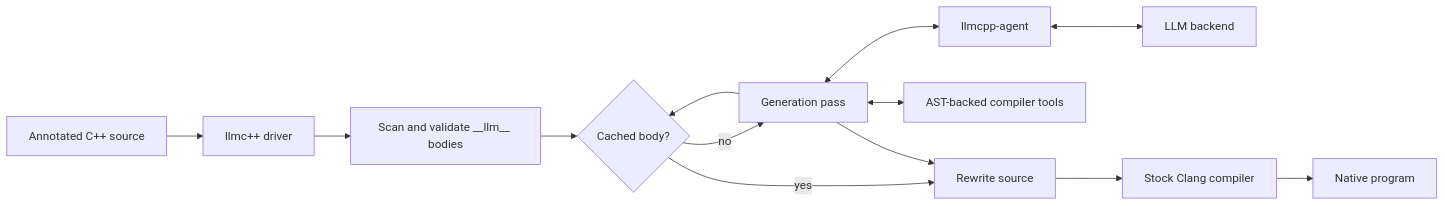
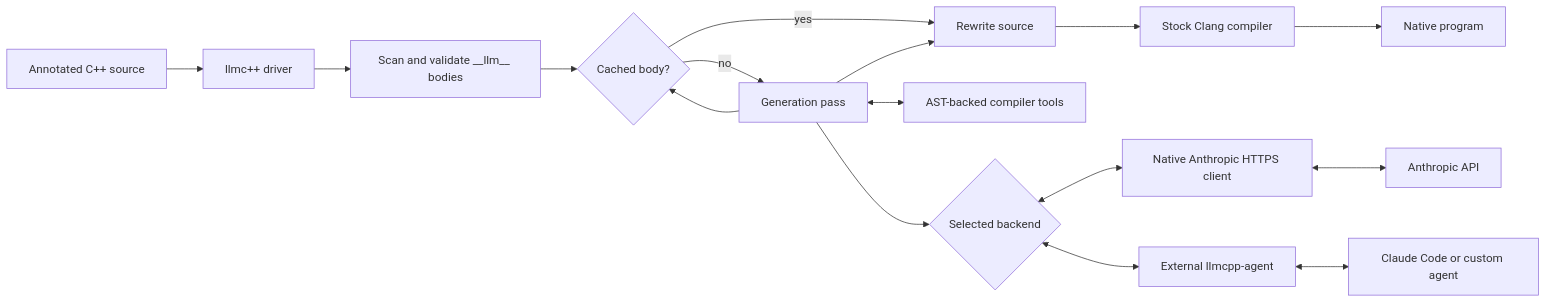
The diagram in docs/how_llm_compilation_works.md (yanevskiv/llmcpp), drawn with Mermaid before and after one commit. The commit also changed other lines of this file and 34 other files, not shown here.

Commit message:
Add native Anthropic generation support

````diff
--- a/docs/how_llm_compilation_works.md
+++ b/docs/how_llm_compilation_works.md
@@ -6,15 +6,18 @@
 ```mermaid
 flowchart LR
     Source[Annotated C++ source] --> Driver[llmc++ driver]
     Driver --> Scan[Scan and validate __llm__ bodies]
     Scan --> Cache{Cached body?}
     Cache -- yes --> Rewrite[Rewrite source]
     Cache -- no --> Pass[Generation pass]
     Pass <--> Tools[AST-backed compiler tools]
-    Pass <--> Agent[llmcpp-agent]
-    Agent <--> Model[LLM backend]
+    Pass --> Backend{Selected backend}
+    Backend <--> Native[Native Anthropic HTTPS client]
+    Backend <--> Agent[External llmcpp-agent]
+    Native <--> Model[Anthropic API]
+    Agent <--> Model2[Claude Code or custom agent]
     Pass --> Cache
     Pass --> Rewrite
     Rewrite --> Clang[Stock Clang compiler]
     Clang --> Program[Native program]
 ```
````
